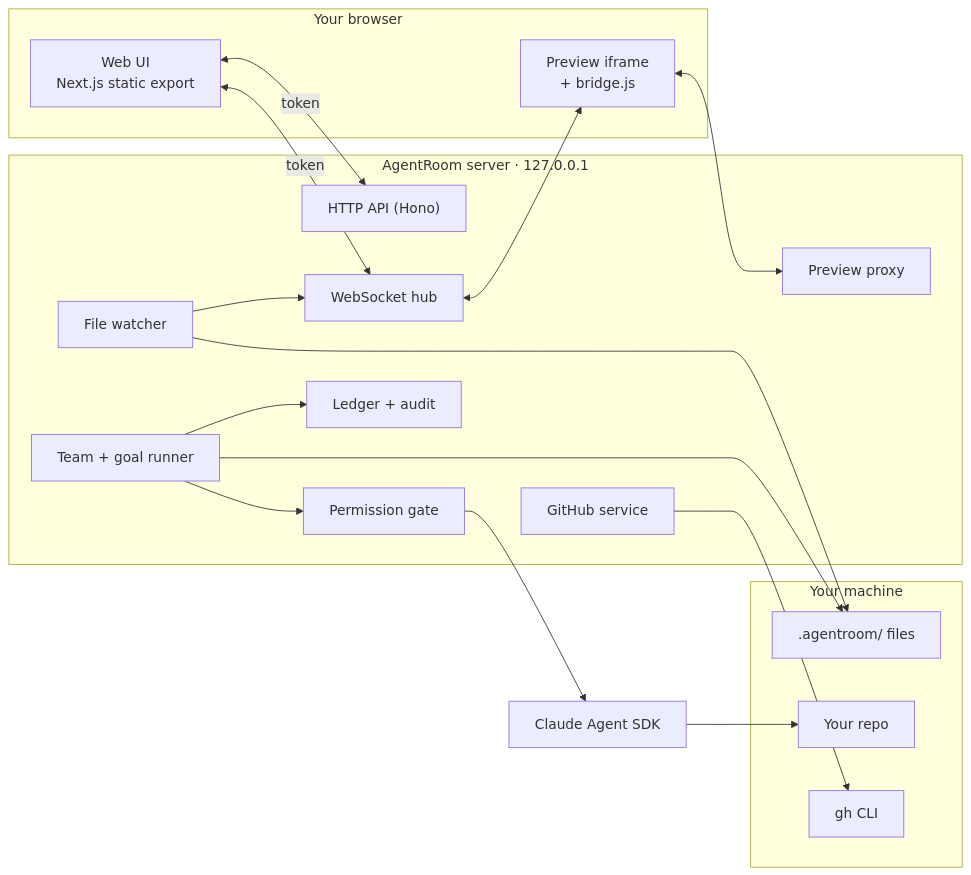
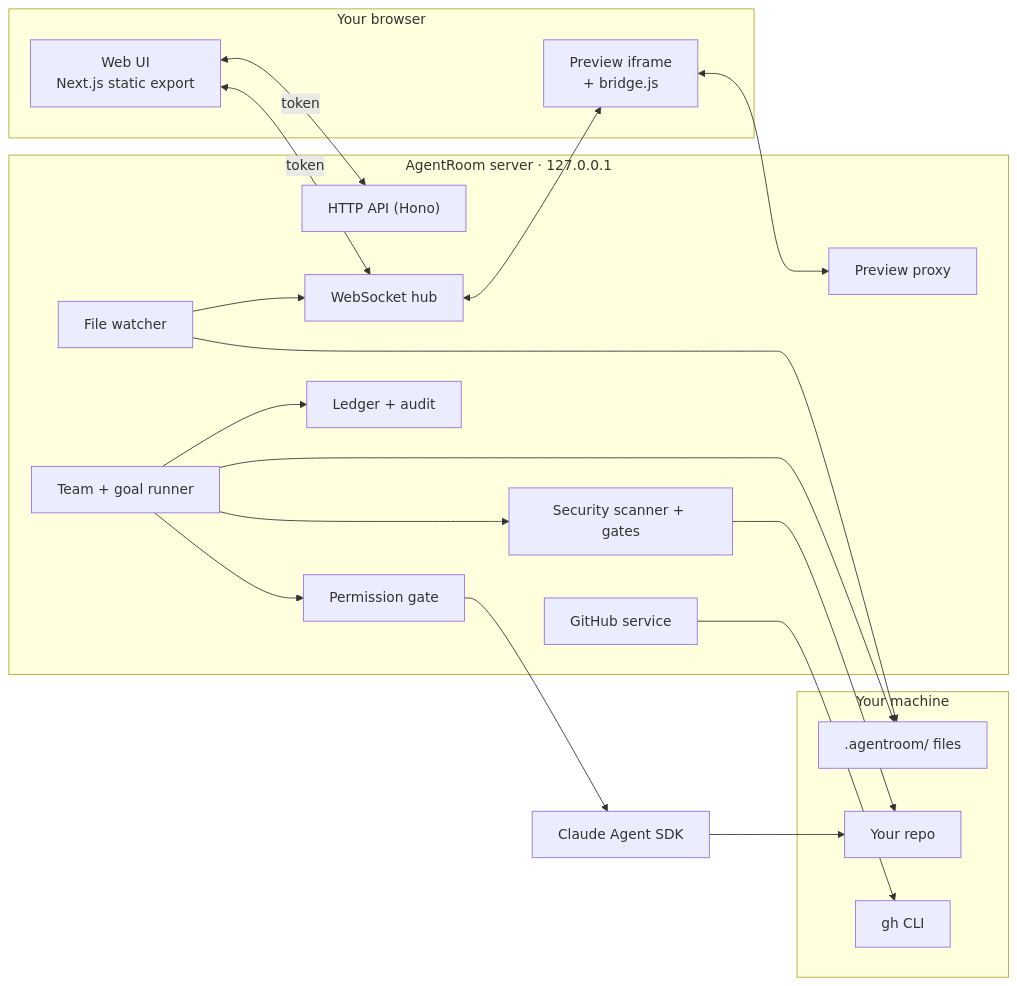
One commit to kinleyrabgay/agentroom changed the second of 2 diagrams in README.md. Above: the diagram before and after it, drawn with Mermaid. The commit also changed other lines of this file and 93 other files, not shown here.

First line of the commit message:
feat: add security phase, risk gates, injection guard and attachments

````diff
--- a/README.md
+++ b/README.md
@@ -615,35 +688,38 @@
 ```mermaid
 flowchart LR
     subgraph Browser["Your browser"]
         UI["Web UI<br/>Next.js static export"]
         IF["Preview iframe<br/>+ bridge.js"]
     end
     subgraph Server["AgentRoom server · 127.0.0.1"]
         HTTP["HTTP API (Hono)"]
         WS["WebSocket hub"]
         TEAM["Team + goal runner"]
         GATE["Permission gate"]
         PX["Preview proxy"]
         GH["GitHub service"]
         WATCH["File watcher"]
         AUD["Ledger + audit"]
+        SEC["Security scanner + gates"]
     end
     subgraph Local["Your machine"]
         FS[".agentroom/ files"]
         REPO["Your repo"]
         GHCLI["gh CLI"]
     end
     SDK["Claude Agent SDK"]
 
     UI <-->|token| HTTP
     UI <-->|token| WS
     IF <--> PX
     WS <--> IF
     TEAM --> GATE --> SDK
     SDK --> REPO
     TEAM --> AUD
+    TEAM --> SEC
+    SEC --> REPO
     GH --> GHCLI
     WATCH --> FS
     WATCH --> WS
     TEAM --> FS
 ```
````
